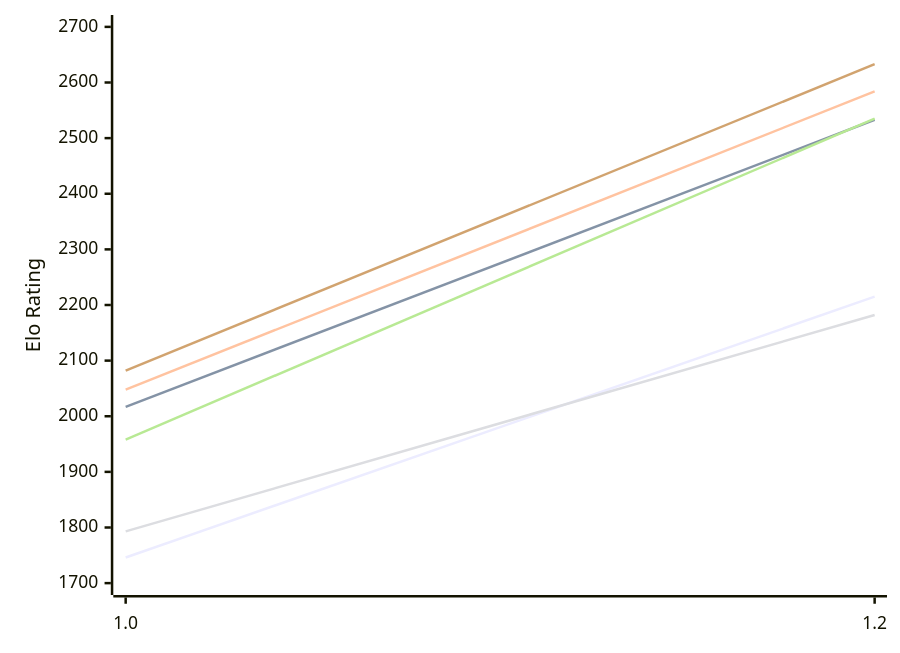
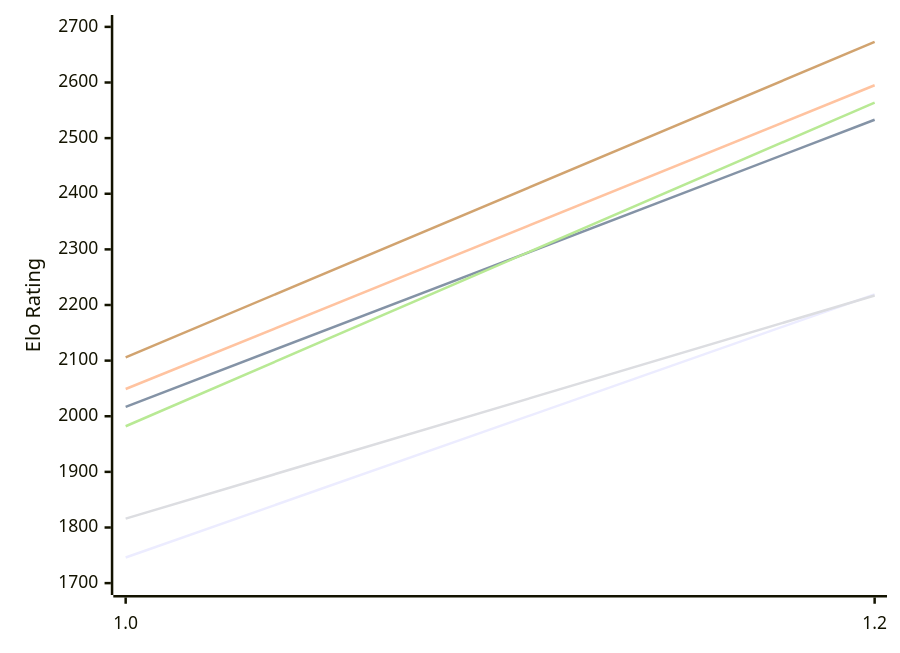
Before and after one commit to computer-chess-index/cci: the first of 2 diagrams in engines/Echekinator.md, drawn with Mermaid. The commit also changed other lines of this file, not shown here.

Commit message:
Update CCI Ratings (ELO VLTC) - 2026-10-21

````diff
--- a/engines/Echekinator.md
+++ b/engines/Echekinator.md
@@ -50,12 +50,12 @@
 ```mermaid
 %%{init: {"theme":"base","themeVariables":{"seriesColors:['#a3a3a3','#222221','#faa371']}}}%%
 xychart-beta
   x-axis ["1.0", "1.2"]
   y-axis "Elo Rating" 1700 --> 2700
-  line "E1: STC (8.0+0.08s)" [1746, 2215]
+  line "E1: STC (8.0+0.08s)" [1746, 2219]
   line "E1: LTC (60.0+0.60s)" [2017, 2533]
-  line "E1: VLTC (2m24s+1.12s)" [2048, 2584]
-  line "P1: STC (8.0+0.08s)" [1793, 2182]
-  line "P1: LTC (60.0+0.60s)" [1958, 2535]
-  line "P1: VLTC (2m24s+1.12s)" [2082, 2633]
+  line "E1: VLTC (2m24s+1.12s)" [2049, 2595]
+  line "P1: STC (8.0+0.08s)" [1816, 2217]
+  line "P1: LTC (60.0+0.60s)" [1982, 2564]
+  line "P1: VLTC (2m24s+1.12s)" [2106, 2673]
 ```
````
